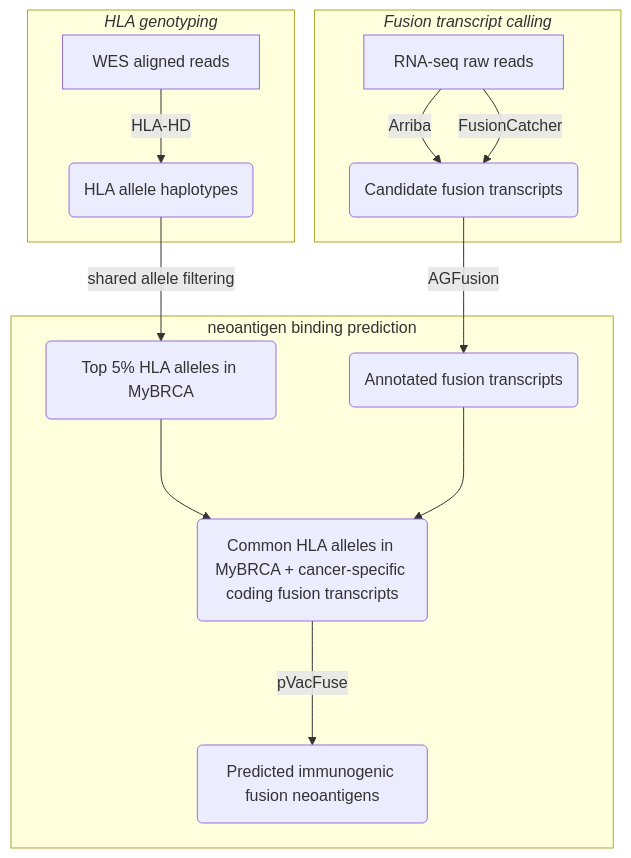
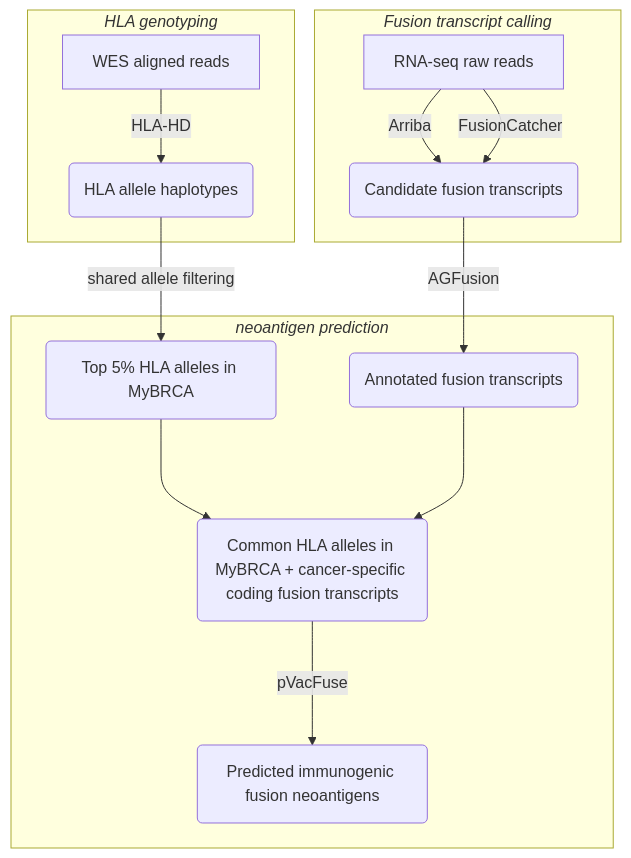
One commit to cancer-research-malaysia/NeonDisco changed the diagram in README.md. Above: the diagram before and after it, drawn with Mermaid.

Commit message:
update mermaid code

````diff
--- a/README.md
+++ b/README.md
@@ -22,19 +22,19 @@
 ```mermaid
 flowchart TD
     subgraph "`*Fusion transcript calling*`"
     A[RNA-seq raw reads] -->|Arriba| B(Fusion transcripts)
     A[RNA-seq raw reads] -->|FusionCatcher| B(Candidate fusion transcripts)
     end
     subgraph "`*HLA genotyping*`"
     A2[WES aligned reads] --> |HLA-HD| B2(HLA allele haplotypes)
     end
     B2 --> |shared allele filtering| C(Top 5% HLA alleles in MyBRCA)
     B --> |AGFusion| C2(Annotated fusion transcripts)
 
-    subgraph "neoantigen binding prediction"
+    subgraph "`*neoantigen prediction*`"
     C ---> D(Common HLA alleles in MyBRCA + cancer-specific coding fusion transcripts)
     C2 ---> D
     D ---> |pVacFuse| E(Predicted immunogenic fusion neoantigens)
     end
 
 ```
````
